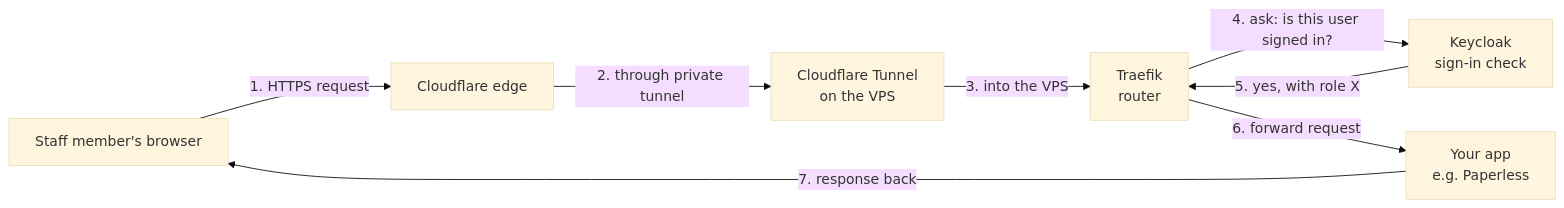
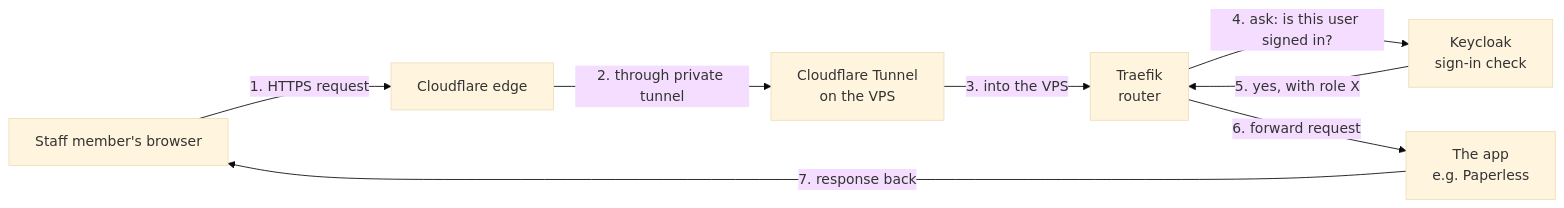
Before and after one commit to catenahq/docs: the first of 2 diagrams in src/content/docs/en/how-this-stack-works.md, drawn with Mermaid (base theme). The commit also changed other lines of this file and 2 other files, not shown here.

First line of the commit message:
docs(voice): convert the architecture tour

````diff
--- a/src/content/docs/en/how-this-stack-works.md
+++ b/src/content/docs/en/how-this-stack-works.md
@@ -45,17 +45,17 @@
 ```mermaid
 flowchart LR
     U[Staff member's browser]
     CF[Cloudflare edge]
     TUN[Cloudflare Tunnel<br/>on the VPS]
     T[Traefik<br/>router]
     A[Keycloak<br/>sign-in check]
-    APP[Your app<br/>e.g. Paperless]
+    APP[The app<br/>e.g. Paperless]
 
     U -->|1. HTTPS request| CF
     CF -->|2. through private tunnel| TUN
     TUN -->|3. into the VPS| T
     T -->|4. ask: is this user signed in?| A
     A -->|5. yes, with role X| T
     T -->|6. forward request| APP
     APP -->|7. response back| U
 ```
````
